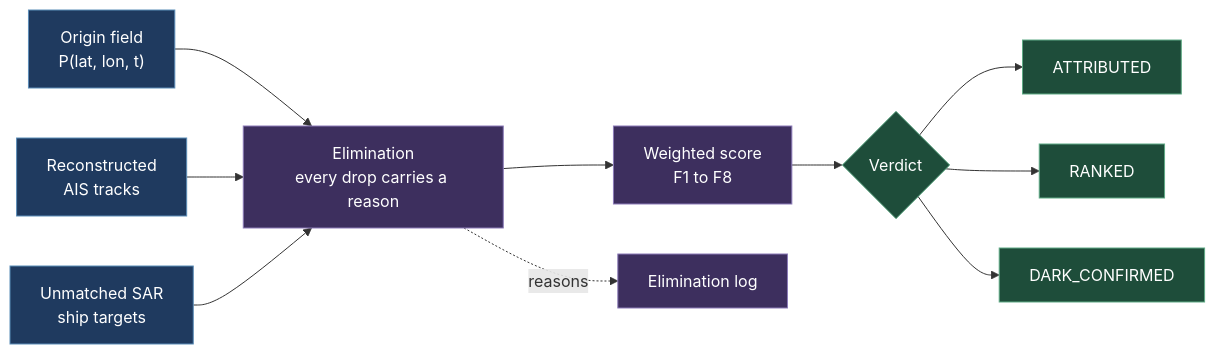
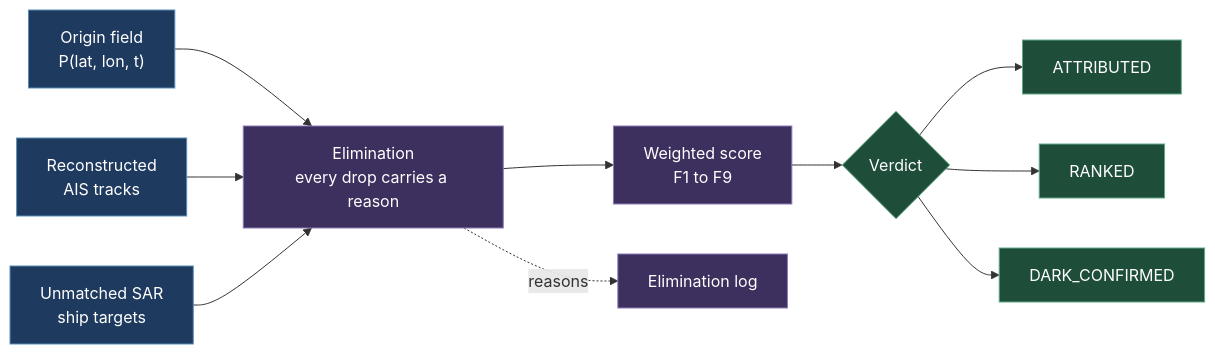
Before and after one commit to RiteshGadarla/Pharos: the diagram in docs/EVIDENCE_MODEL.md, drawn with Mermaid. The commit also changed other lines of this file and 6 other files, not shown here.

````diff
--- a/docs/EVIDENCE_MODEL.md
+++ b/docs/EVIDENCE_MODEL.md
@@ -11,19 +11,19 @@
 ```mermaid
 flowchart LR
     FIELD["Origin field<br/>P(lat, lon, t)"] --> ELIM
     TRACKS["Reconstructed<br/>AIS tracks"] --> ELIM
     RADAR["Unmatched SAR<br/>ship targets"] --> ELIM
     ELIM["Elimination<br/>every drop carries a reason"] --> SCORE
     ELIM -. "reasons" .-> LOG["Elimination log"]
-    SCORE["Weighted score<br/>F1 to F8"] --> VERDICT{"Verdict"}
+    SCORE["Weighted score<br/>F1 to F9"] --> VERDICT{"Verdict"}
     VERDICT --> A["ATTRIBUTED"]
     VERDICT --> R["RANKED"]
     VERDICT --> D["DARK_CONFIRMED"]
 
     classDef in fill:#1f3a5f,stroke:#5b8db8,color:#fff
     classDef mid fill:#3d2f5e,stroke:#8b7bb8,color:#fff
     classDef out fill:#1e4d3a,stroke:#5faa85,color:#fff
     class FIELD,TRACKS,RADAR in
     class ELIM,SCORE,LOG mid
     class VERDICT,A,R,D out
 ```
````
